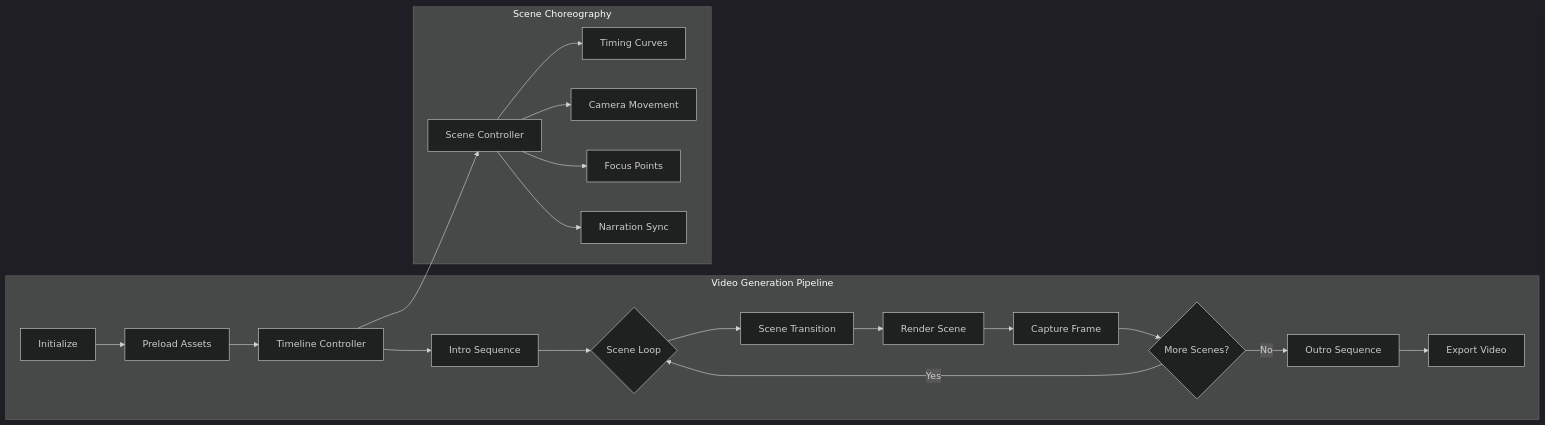
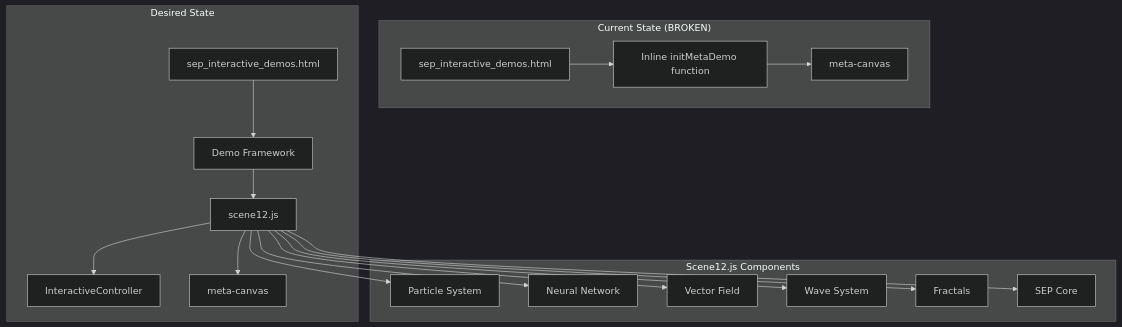
Before and after one commit to scrallex/Self-Emergent-Processor: the first of 2 diagrams in SEP_MARKETING_IMPLEMENTATION_PLAN.md, drawn with Mermaid (dark theme). The commit also changed other lines of this file and 3 other files, not shown here.

````diff
--- a/SEP_MARKETING_IMPLEMENTATION_PLAN.md
+++ b/SEP_MARKETING_IMPLEMENTATION_PLAN.md
@@ -110,29 +24,40 @@
 ```mermaid
-graph LR
-    subgraph "Video Generation Pipeline"
-        Start[Initialize] --> Preload[Preload Assets]
-        Preload --> Timeline[Timeline Controller]
+graph TD
+    subgraph "Current State (BROKEN)"
+        HTML[sep_interactive_demos.html]
+        Inline[Inline initMetaDemo function]
+        Canvas1[meta-canvas]
         
-        Timeline --> Intro[Intro Sequence]
-        Intro --> Loop{Scene Loop}
-        
-        Loop --> Transition[Scene Transition]
-        Transition --> Render[Render Scene]
-        Render --> Capture[Capture Frame]
-        Capture --> Check{More Scenes?}
-        
-        Check -->|Yes| Loop
-        Check -->|No| Outro[Outro Sequence]
-        
-        Outro --> Export[Export Video]
+        HTML --> Inline
+        Inline --> Canvas1
     end
     
-    subgraph "Scene Choreography"
-        SC[Scene Controller] --> Timing[Timing Curves]
-        SC --> Camera[Camera Movement]
-        SC --> Focus[Focus Points]
-        SC --> Narration[Narration Sync]
+    subgraph "Desired State"
+        HTML2[sep_interactive_demos.html]
+        Framework[Demo Framework]
+        Scene12[scene12.js]
+        Controller[InteractiveController]
+        Canvas2[meta-canvas]
+        
+        HTML2 --> Framework
+        Framework --> Scene12
+        Scene12 --> Controller
+        Scene12 --> Canvas2
     end
     
-    Timeline --> SC
+    subgraph "Scene12.js Components"
+        Particles[Particle System]
+        Neural[Neural Network]
+        Vector[Vector Field]
+        Wave[Wave System]
+        Fractal[Fractals]
+        SEPCore[SEP Core]
+        
+        Scene12 --> Particles
+        Scene12 --> Neural
+        Scene12 --> Vector
+        Scene12 --> Wave
+        Scene12 --> Fractal
+        Scene12 --> SEPCore
+    end
 ```
````
